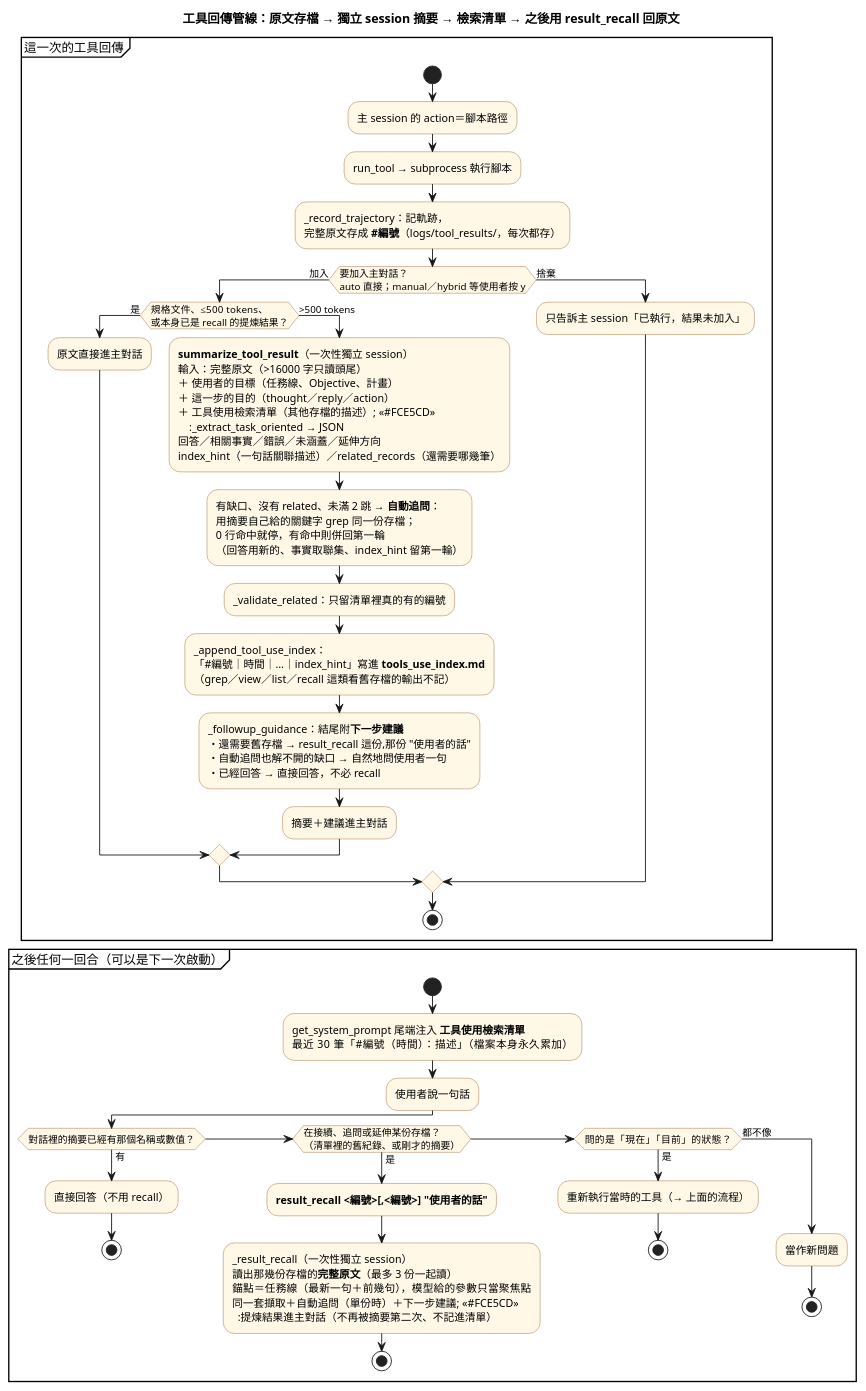
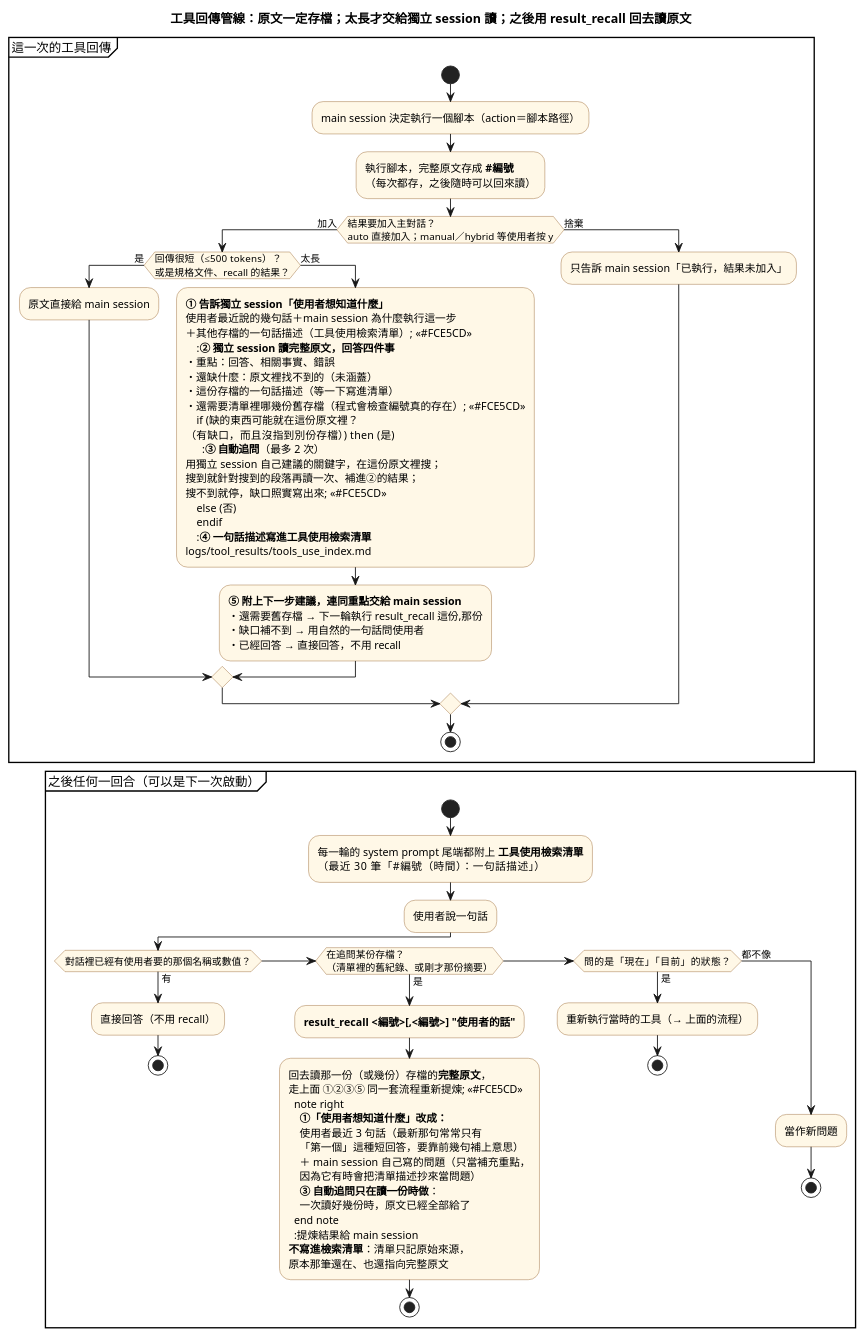
Before and after one commit to DavidZox/AI_agent_harness: the diagram in doc/AI_agent_harness的工具回傳管線.puml, drawn with PlantUML. The commit also changed 2 other files, not shown here.

Commit message:
refactor: Enhance tool result handling and documentation with detailed examples and improved flow

```diff
--- a/doc/AI_agent_harness的工具回傳管線.puml
+++ b/doc/AI_agent_harness的工具回傳管線.puml
@@ -1,77 +1,86 @@
 @startuml
 ' --- 樣式精準控制 ---
 skinparam shadowing false
 skinparam defaultFontName "Microsoft JhengHei"
 skinparam ActivityBackgroundColor #FFF8E7
 skinparam ActivityBorderColor #996633
 skinparam NoteBackgroundColor #FFFFE0
 
-title 工具回傳管線：原文存檔 → 獨立 session 摘要 → 檢索清單 → 之後用 result_recall 回原文
+title 工具回傳管線：原文一定存檔；太長才交給獨立 session 讀；之後用 result_recall 回去讀原文
 
 partition "這一次的工具回傳" {
 start
-:主 session 的 action＝腳本路徑;
-:run_tool → subprocess 執行腳本;
-:_record_trajectory：記軌跡，
-完整原文存成 **#編號**（logs/tool_results/，每次都存）;
-if (要加入主對話？
-auto 直接；manual／hybrid 等使用者按 y) then (加入)
-  if (規格文件、≤500 tokens、
-或本身已是 recall 的提煉結果？) then (是)
-    :原文直接進主對話;
-  else (>500 tokens)
-    :**summarize_tool_result**（一次性獨立 session）
-輸入：完整原文（>16000 字只讀頭尾）
-＋ 使用者的目標（任務線、Objective、計畫）
-＋ 這一步的目的（thought／reply／action）
-＋ 工具使用檢索清單（其他存檔的描述）; <<#FCE5CD>>
-    :_extract_task_oriented → JSON
-回答／相關事實／錯誤／未涵蓋／延伸方向
-index_hint（一句話關聯描述）／related_records（還需要哪幾筆）;
-    :有缺口、沒有 related、未滿 2 跳 → **自動追問**：
-用摘要自己給的關鍵字 grep 同一份存檔；
-0 行命中就停，有命中則併回第一輪
-（回答用新的、事實取聯集、index_hint 留第一輪）;
-    :_validate_related：只留清單裡真的有的編號;
-    :_append_tool_use_index：
-「#編號｜時間｜…｜index_hint」寫進 **tools_use_index.md**
-（grep／view／list／recall 這類看舊存檔的輸出不記）;
-    :_followup_guidance：結尾附**下一步建議**
-・還需要舊存檔 → result_recall 這份,那份 "使用者的話"
-・自動追問也解不開的缺口 → 自然地問使用者一句
-・已經回答 → 直接回答，不必 recall;
-    :摘要＋建議進主對話;
+:main session 決定執行一個腳本（action＝腳本路徑）;
+:執行腳本，完整原文存成 **#編號**
+（每次都存，之後隨時可以回來讀）;
+if (結果要加入主對話？
+auto 直接加入；manual／hybrid 等使用者按 y) then (加入)
+  if (回傳很短（≤500 tokens）？
+或是規格文件、recall 的結果？) then (是)
+    :原文直接給 main session;
+  else (太長)
+    :**① 告訴獨立 session「使用者想知道什麼」**
+使用者最近說的幾句話＋main session 為什麼執行這一步
+＋其他存檔的一句話描述（工具使用檢索清單）; <<#FCE5CD>>
+    :**② 獨立 session 讀完整原文，回答四件事**
+・重點：回答、相關事實、錯誤
+・還缺什麼：原文裡找不到的（未涵蓋）
+・這份存檔的一句話描述（等一下寫進清單）
+・還需要清單裡哪幾份舊存檔（程式會檢查編號真的存在）; <<#FCE5CD>>
+    if (缺的東西可能就在這份原文裡？
+（有缺口，而且沒指到別份存檔）) then (是)
+      :**③ 自動追問**（最多 2 次）
+用獨立 session 自己建議的關鍵字，在這份原文裡搜；
+搜到就針對搜到的段落再讀一次、補進②的結果；
+搜不到就停，缺口照實寫出來; <<#FCE5CD>>
+    else (否)
+    endif
+    :**④ 一句話描述寫進工具使用檢索清單**
+logs/tool_results/tools_use_index.md;
+    :**⑤ 附上下一步建議，連同重點交給 main session**
+・還需要舊存檔 → 下一輪執行 result_recall 這份,那份
+・缺口補不到 → 用自然的一句話問使用者
+・已經回答 → 直接回答，不用 recall;
   endif
 else (捨棄)
-  :只告訴主 session「已執行，結果未加入」;
+  :只告訴 main session「已執行，結果未加入」;
 endif
 stop
 }
 
 partition "之後任何一回合（可以是下一次啟動）" {
 start
-:get_system_prompt 尾端注入 **工具使用檢索清單**
-最近 30 筆「#編號（時間）：描述」（檔案本身永久累加）;
+:每一輪的 system prompt 尾端都附上 **工具使用檢索清單**
+（最近 30 筆「#編號（時間）：一句話描述」）;
 :使用者說一句話;
-if (對話裡的摘要已經有那個名稱或數值？) then (有)
+if (對話裡已經有使用者要的那個名稱或數值？) then (有)
   :直接回答（不用 recall）;
   stop
-elseif (在接續、追問或延伸某份存檔？
-（清單裡的舊紀錄、或剛才的摘要）) then (是)
+elseif (在追問某份存檔？
+（清單裡的舊紀錄、或剛才那份摘要）) then (是)
   :**result_recall <編號>[,<編號>] "使用者的話"**;
-  :_result_recall（一次性獨立 session）
-讀出那幾份存檔的**完整原文**（最多 3 份一起讀）
-錨點＝任務線（最新一句＋前幾句），模型給的參數只當聚焦點
-同一套擷取＋自動追問（單份時）＋下一步建議; <<#FCE5CD>>
-  :提煉結果進主對話（不再被摘要第二次、不記進清單）;
+  :回去讀那一份（或幾份）存檔的**完整原文**，
+走上面 ①②③⑤ 同一套流程重新提煉; <<#FCE5CD>>
+  note right
+    **①「使用者想知道什麼」改成：**
+    使用者最近 3 句話（最新那句常常只有
+    「第一個」這種短回答，要靠前幾句補上意思）
+    ＋ main session 自己寫的問題（只當補充重點，
+    因為它有時會把清單描述抄來當問題）
+    **③ 自動追問只在讀一份時做**：
+    一次讀好幾份時，原文已經全部給了
+  end note
+  :提煉結果給 main session
+**不寫進檢索清單**：清單只記原始來源，
+原本那筆還在、也還指向完整原文;
   stop
 elseif (問的是「現在」「目前」的狀態？) then (是)
   :重新執行當時的工具（→ 上面的流程）;
   stop
 else (都不像)
   :當作新問題;
   stop
 endif
 }
 
 @enduml
```
